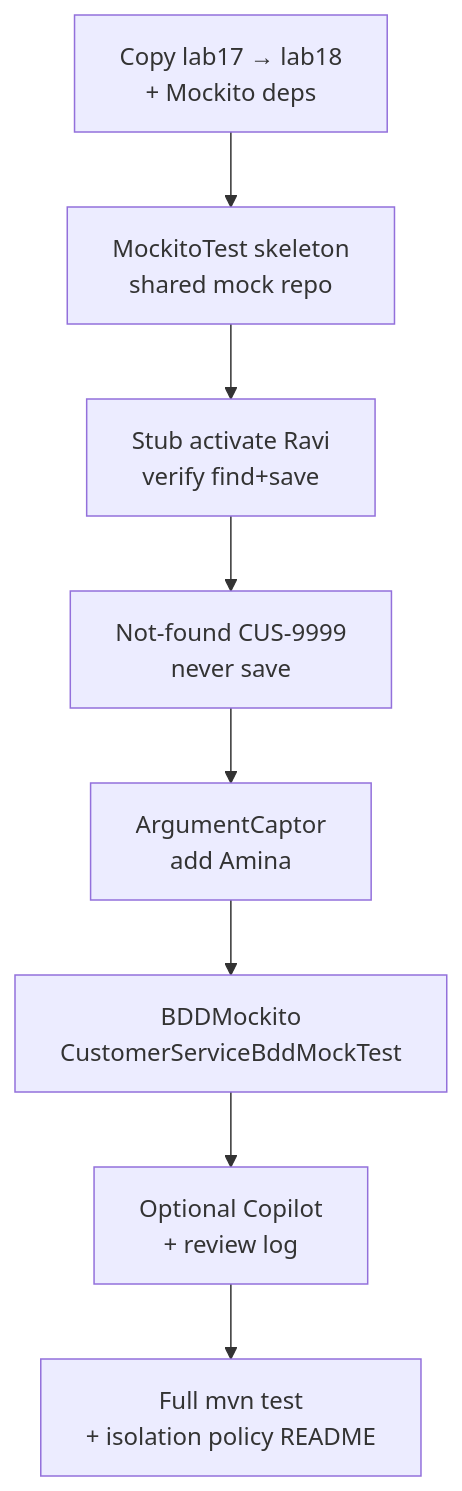
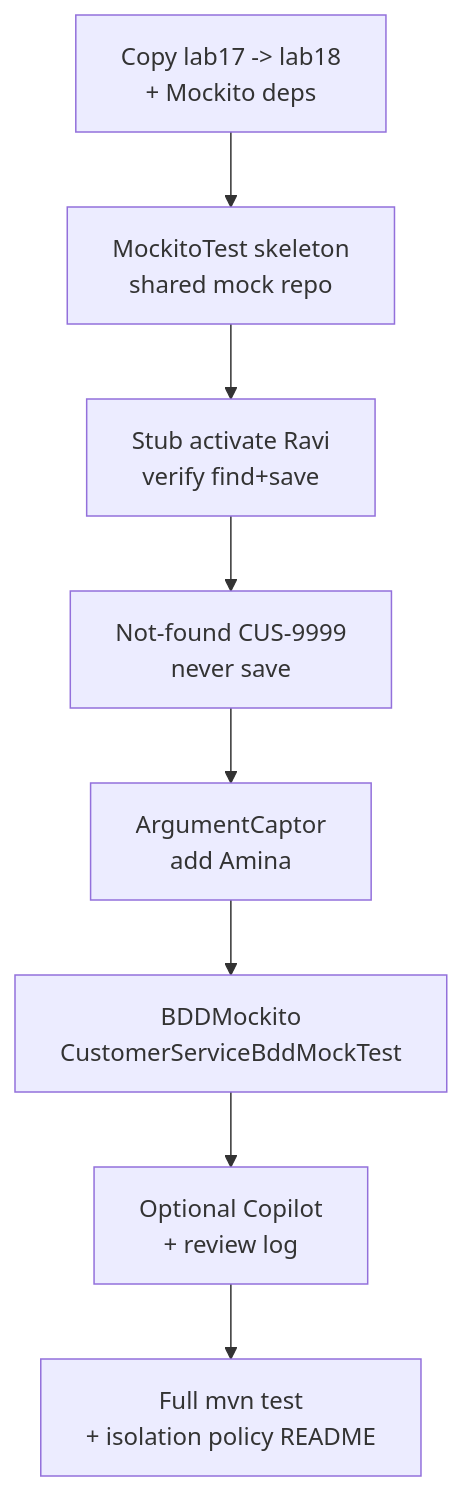
One commit to pupilliluke/bc-sw-engineer-java-participant changed the second of 2 diagrams in labs/Week 2 - Backend, AI Tools and Testing/module-18/lab18/LAB-18-GUIDE.md. Above: the diagram before and after it, drawn with Mermaid. The commit also changed 55 other files, not shown here.

Commit message:
Stop publishing local screenshots; harden Mermaid for GitHub; sync only tracked lab files.

````diff
--- a/labs/Week 2 - Backend, AI Tools and Testing/module-18/lab18/LAB-18-GUIDE.md
+++ b/labs/Week 2 - Backend, AI Tools and Testing/module-18/lab18/LAB-18-GUIDE.md
@@ -98,10 +98,10 @@
 ```mermaid
 flowchart TD
-    A["Copy lab17 → lab18<br/>+ Mockito deps"] --> B["MockitoTest skeleton<br/>shared mock repo"]
+    A["Copy lab17 -> lab18<br/>+ Mockito deps"] --> B["MockitoTest skeleton<br/>shared mock repo"]
     B --> C["Stub activate Ravi<br/>verify find+save"]
     C --> D["Not-found CUS-9999<br/>never save"]
     D --> E["ArgumentCaptor<br/>add Amina"]
     E --> F["BDDMockito<br/>CustomerServiceBddMockTest"]
     F --> G["Optional Copilot<br/>+ review log"]
     G --> H["Full mvn test<br/>+ isolation policy README"]
 ```
````
